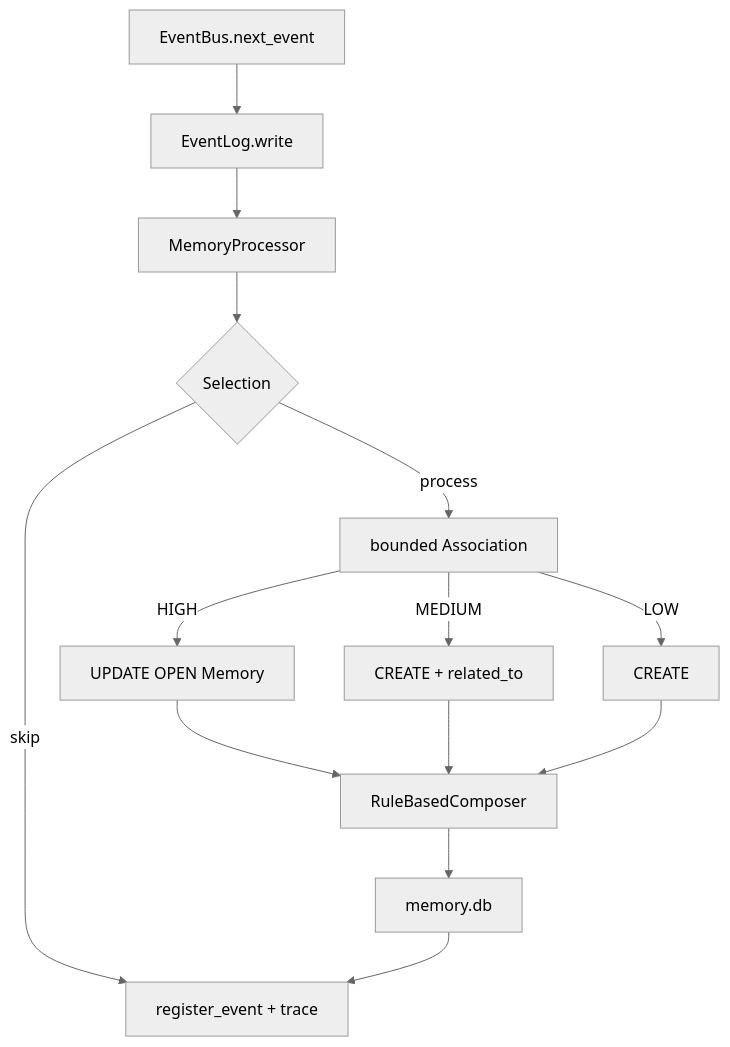
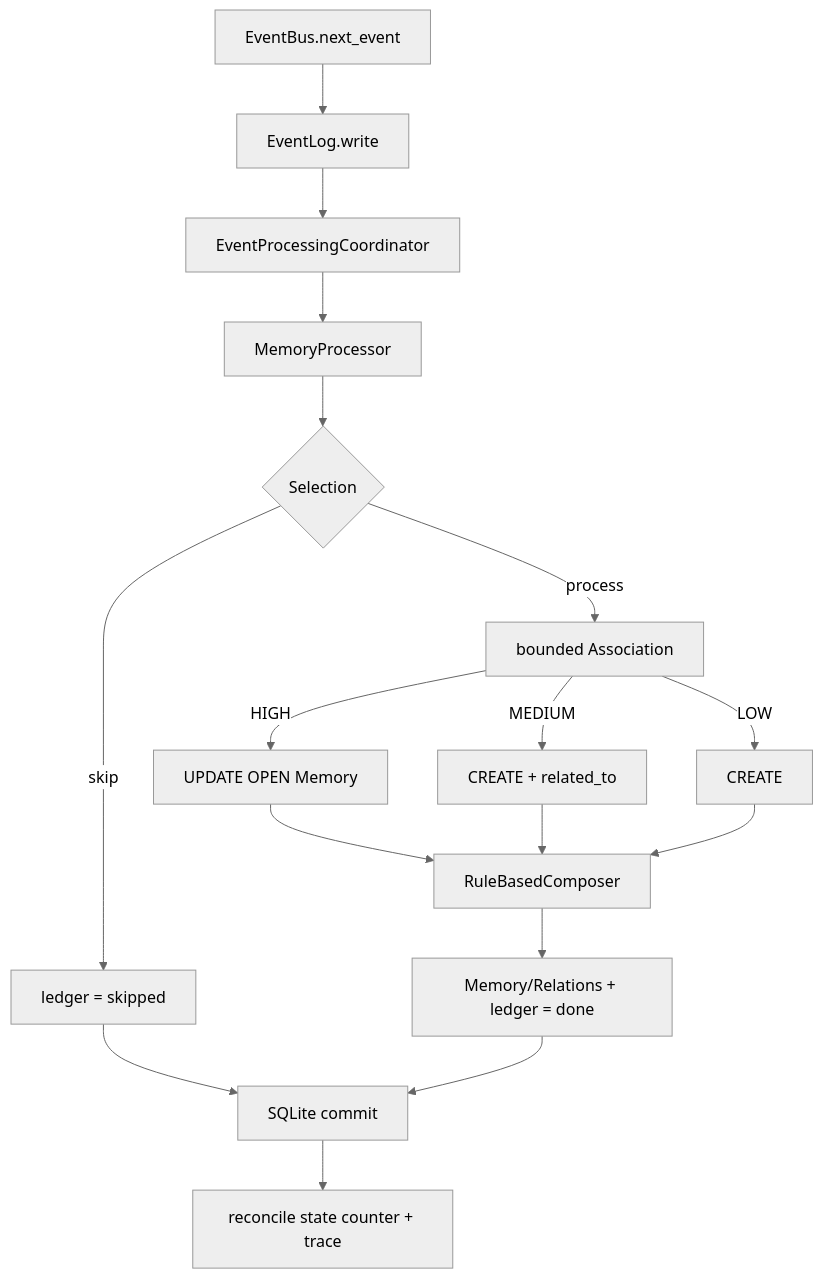
The diagram in docs/ARCHITECTURE/README.md (VankoRokh/ANIMA), drawn with Mermaid (neutral theme) before and after one commit. The commit also changed other lines of this file, not shown here.

Commit message:
docs: record confirmed recovery architecture

````diff
--- a/docs/ARCHITECTURE/README.md
+++ b/docs/ARCHITECTURE/README.md
@@ -49,16 +52,19 @@
 ```mermaid
 flowchart TD
     Q["EventBus.next_event"] --> L["EventLog.write"]
-    L --> P["MemoryProcessor"]
+    L --> E["EventProcessingCoordinator"]
+    E --> P["MemoryProcessor"]
     P --> S{"Selection"}
-    S -->|skip| R["register_event + trace"]
+    S -->|skip| F["ledger = skipped"]
     S -->|process| A["bounded Association"]
     A -->|HIGH| U["UPDATE OPEN Memory"]
     A -->|MEDIUM| C["CREATE + related_to"]
     A -->|LOW| N["CREATE"]
     U --> X["RuleBasedComposer"]
     C --> X
     N --> X
-    X --> DB["memory.db"]
-    DB --> R
+    X --> DB["Memory/Relations + ledger = done"]
+    F --> K["SQLite commit"]
+    DB --> K
+    K --> R["reconcile state counter + trace"]
 ```
````
